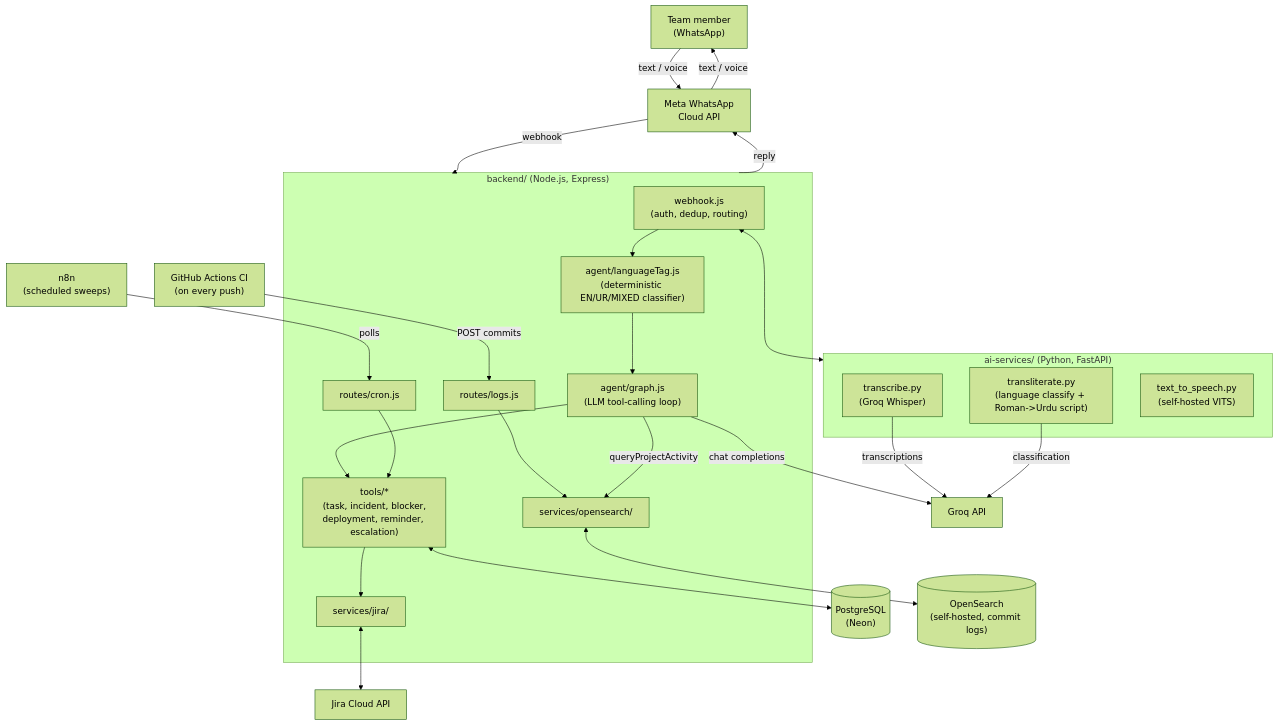
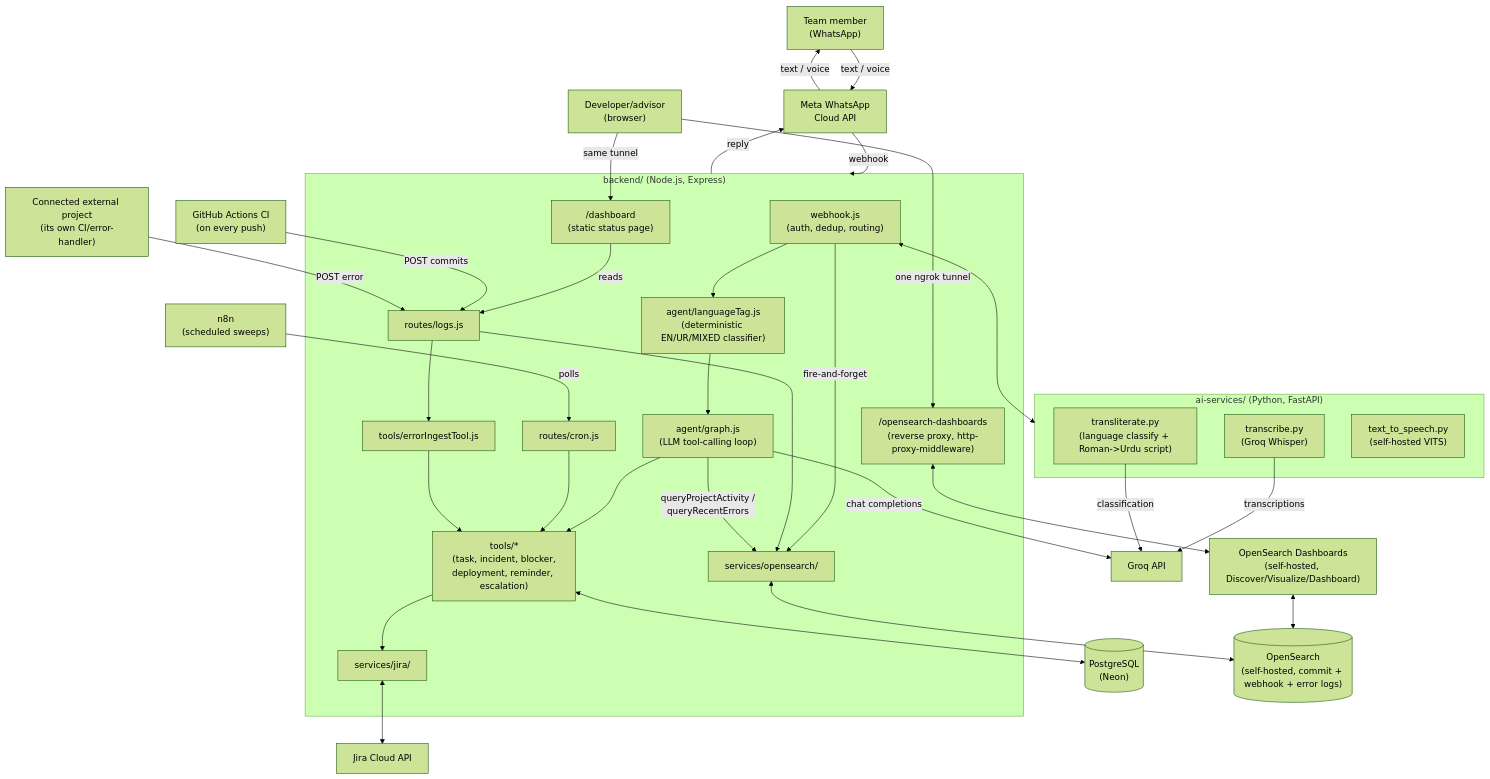
One commit to basiratabidi/DevPlus changed the first of 8 diagrams in docs/SDS.md. Above: the diagram before and after it, drawn with Mermaid (forest theme). The commit also changed other lines of this file and 18 other files, not shown here.

````diff
--- a/docs/SDS.md
+++ b/docs/SDS.md
@@ -14,41 +14,53 @@
 ```mermaid
 graph TB
     User["Team member<br/>(WhatsApp)"] -->|text / voice| Meta["Meta WhatsApp<br/>Cloud API"]
     Meta -->|webhook| Backend
 
     subgraph Backend["backend/ (Node.js, Express)"]
         Webhook["webhook.js<br/>(auth, dedup, routing)"]
         Agent["agent/graph.js<br/>(LLM tool-calling loop)"]
         LangTag["agent/languageTag.js<br/>(deterministic EN/UR/MIXED classifier)"]
         Tools["tools/*<br/>(task, incident, blocker,<br/>deployment, reminder, escalation)"]
         Cron["routes/cron.js"]
         Logs["routes/logs.js"]
         JiraSvc["services/jira/"]
         OSClient["services/opensearch/"]
+        ErrIngest["tools/errorIngestTool.js"]
+        Proxy["/opensearch-dashboards<br/>(reverse proxy, http-proxy-middleware)"]
+        Dash["/dashboard<br/>(static status page)"]
         Webhook --> LangTag --> Agent
+        Webhook -->|fire-and-forget| OSClient
         Agent --> Tools
         Tools --> JiraSvc
         Cron --> Tools
         Logs --> OSClient
-        Agent -->|queryProjectActivity| OSClient
+        Logs --> ErrIngest
+        ErrIngest --> Tools
+        Agent -->|queryProjectActivity /<br/>queryRecentErrors| OSClient
+        Dash -->|reads| Logs
     end
 
     subgraph AISvc["ai-services/ (Python, FastAPI)"]
         STT["transcribe.py<br/>(Groq Whisper)"]
         Translit["transliterate.py<br/>(language classify + Roman->Urdu script)"]
         TTS["text_to_speech.py<br/>(self-hosted VITS)"]
     end
 
     Webhook <--> AISvc
     Agent -->|chat completions| Groq["Groq API"]
     STT -->|transcriptions| Groq
     Translit -->|classification| Groq
 
     Tools <--> DB[("PostgreSQL<br/>(Neon)")]
     JiraSvc <--> Jira["Jira Cloud API"]
     n8n["n8n<br/>(scheduled sweeps)"] -->|polls| Cron
-    OSClient <--> OpenSearch[("OpenSearch<br/>(self-hosted, commit logs)")]
+    OSClient <--> OpenSearch[("OpenSearch<br/>(self-hosted, commit + webhook + error logs)")]
     CI["GitHub Actions CI<br/>(on every push)"] -->|POST commits| Logs
+    ExtProject["Connected external project<br/>(its own CI/error-handler)"] -->|POST error| Logs
+    Proxy <--> OSD["OpenSearch Dashboards<br/>(self-hosted, Discover/Visualize/Dashboard)"]
+    OSD <--> OpenSearch
+    Dev["Developer/advisor<br/>(browser)"] -->|one ngrok tunnel| Proxy
+    Dev -->|same tunnel| Dash
 
     Backend -->|reply| Meta -->|text / voice| User
 ```
````
